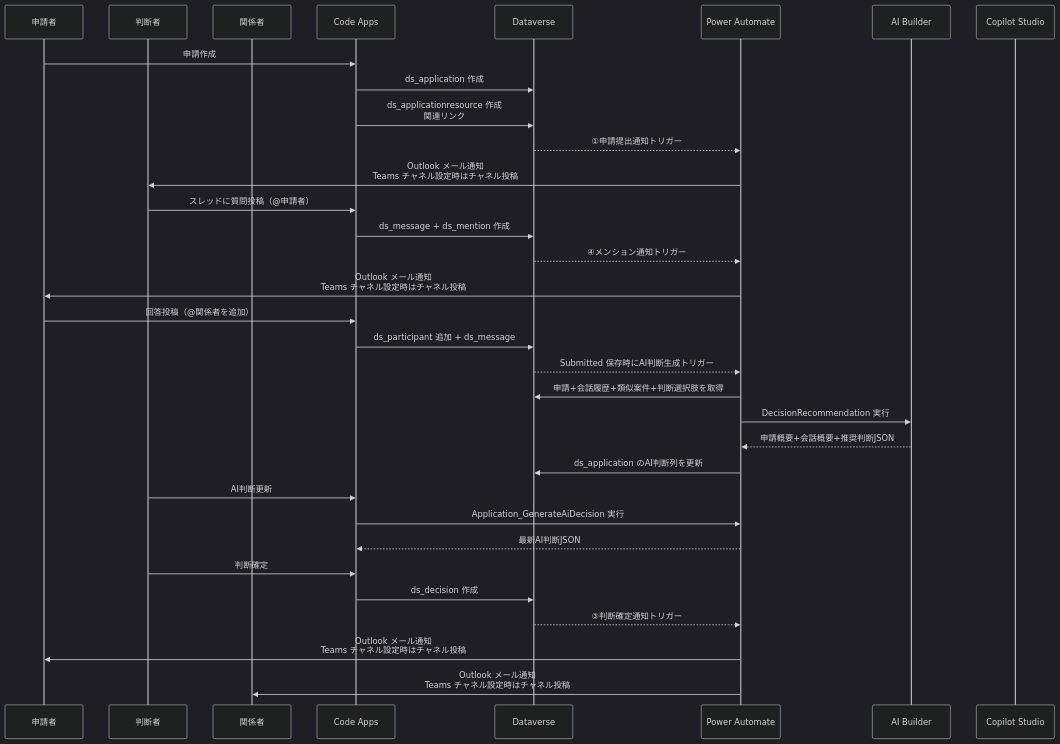
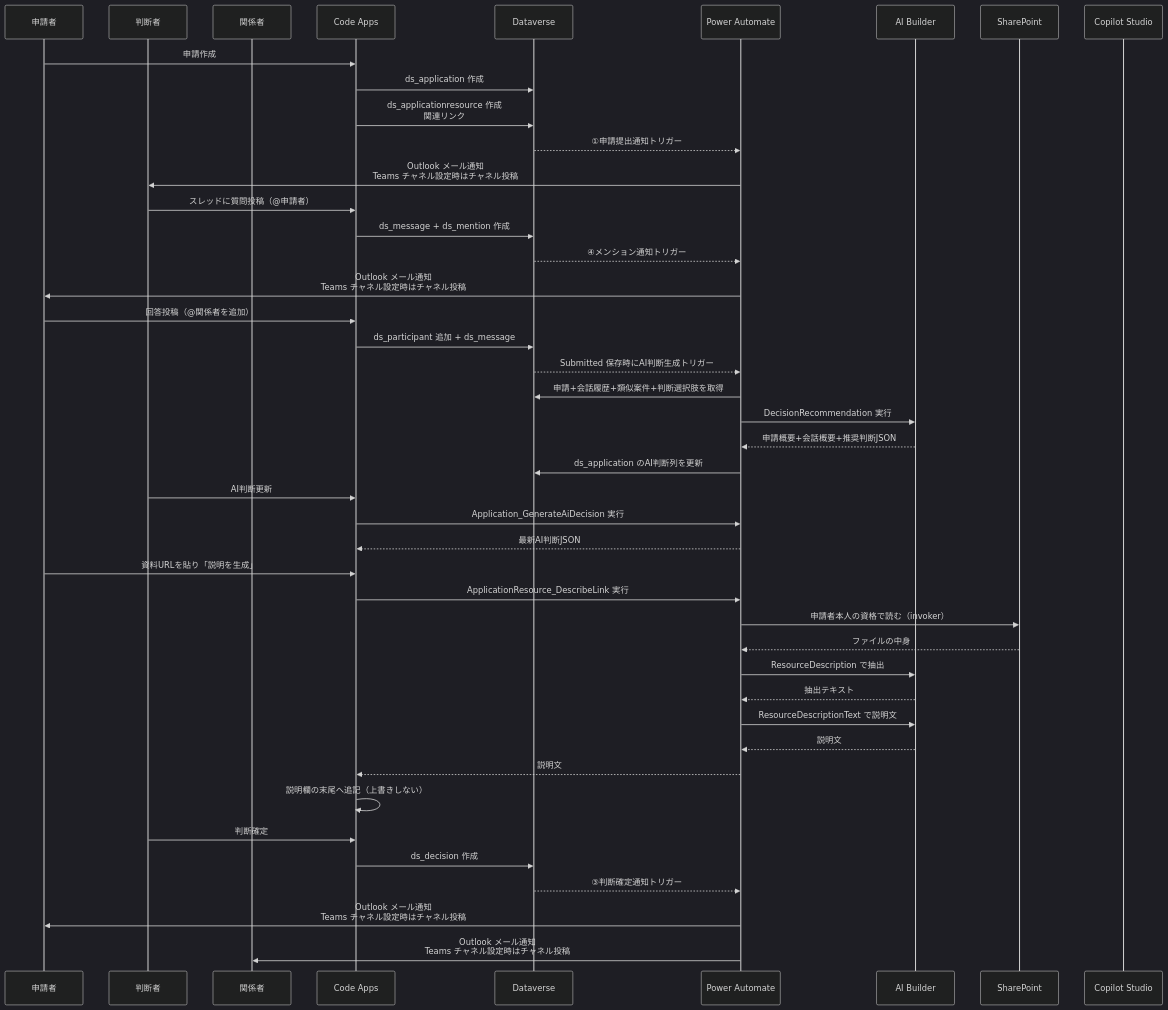
The third of 4 diagrams in docs/ARCHITECTURE.md (PLUG365/DecisionFlow), drawn with Mermaid (dark theme) before and after one commit. The commit also changed other lines of this file, not shown here.

First line of the commit message:
docs: ARCHITECTURE の取りこぼし6箇所を埋める。一覧だけ直して参照側を見ていなかった

````diff
--- a/docs/ARCHITECTURE.md
+++ b/docs/ARCHITECTURE.md
@@ -596,41 +609,53 @@
 ```mermaid
 sequenceDiagram
     participant 申 as 申請者
     participant 判 as 判断者
     participant 関 as 関係者
     participant App as Code Apps
     participant DV as Dataverse
     participant Flow as Power Automate
     participant AI as AI Builder
+    participant SP as SharePoint
     participant CS as Copilot Studio
 
     申->>App: 申請作成
     App->>DV: ds_application 作成
     App->>DV: ds_applicationresource 作成<br/>関連リンク
     DV-->>Flow: ①申請提出通知トリガー
     Flow->>判: Outlook メール通知<br/>Teams チャネル設定時はチャネル投稿
 
     判->>App: スレッドに質問投稿（@申請者）
     App->>DV: ds_message + ds_mention 作成
     DV-->>Flow: ④メンション通知トリガー
     Flow->>申: Outlook メール通知<br/>Teams チャネル設定時はチャネル投稿
 
     申->>App: 回答投稿（@関係者を追加）
     App->>DV: ds_participant 追加 + ds_message
 
     DV-->>Flow: Submitted 保存時にAI判断生成トリガー
     Flow->>DV: 申請+会話履歴+類似案件+判断選択肢を取得
     Flow->>AI: DecisionRecommendation 実行
     AI-->>Flow: 申請概要+会話概要+推奨判断JSON
     Flow->>DV: ds_application のAI判断列を更新
 
     判->>App: AI判断更新
     App->>Flow: Application_GenerateAiDecision 実行
     Flow-->>App: 最新AI判断JSON
 
+    申->>App: 資料URLを貼り「説明を生成」
+    App->>Flow: ApplicationResource_DescribeLink 実行
+    Flow->>SP: 申請者本人の資格で読む（invoker）
+    SP-->>Flow: ファイルの中身
+    Flow->>AI: ResourceDescription で抽出
+    AI-->>Flow: 抽出テキスト
+    Flow->>AI: ResourceDescriptionText で説明文
+    AI-->>Flow: 説明文
+    Flow-->>App: 説明文
+    App->>App: 説明欄の末尾へ追記（上書きしない）
+
     判->>App: 判断確定
     App->>DV: ds_decision 作成
     DV-->>Flow: ③判断確定通知トリガー
     Flow->>申: Outlook メール通知<br/>Teams チャネル設定時はチャネル投稿
     Flow->>関: Outlook メール通知<br/>Teams チャネル設定時はチャネル投稿
 ```
````
